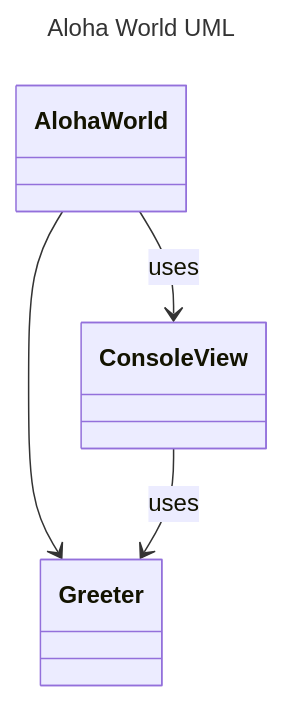
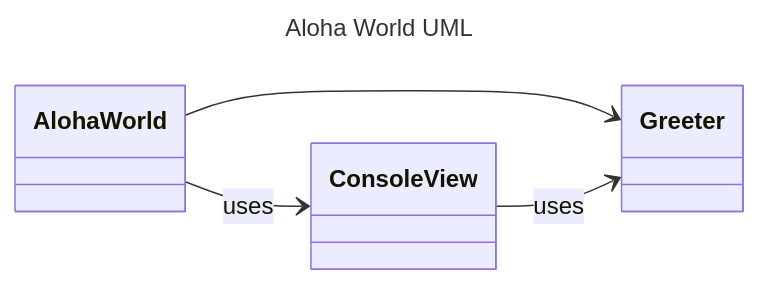
Before and after one commit to CS5004-khoury-lionelle/hello_world: the diagram in instructions/README.md, drawn with Mermaid.

Commit message:
updated direction of diagram

````diff
--- a/instructions/README.md
+++ b/instructions/README.md
@@ -118,18 +118,19 @@
 ```mermaid
 ---
 title: Aloha World UML
 ---
 classDiagram
+    direction LR
     AlohaWorld --> Greeter 
     AlohaWorld --> ConsoleView : uses
     ConsoleView --> Greeter : uses
     class AlohaWorld {
         
     }
     class Greeter {
         
     }
     class ConsoleView {
         
     }
 ```
````
